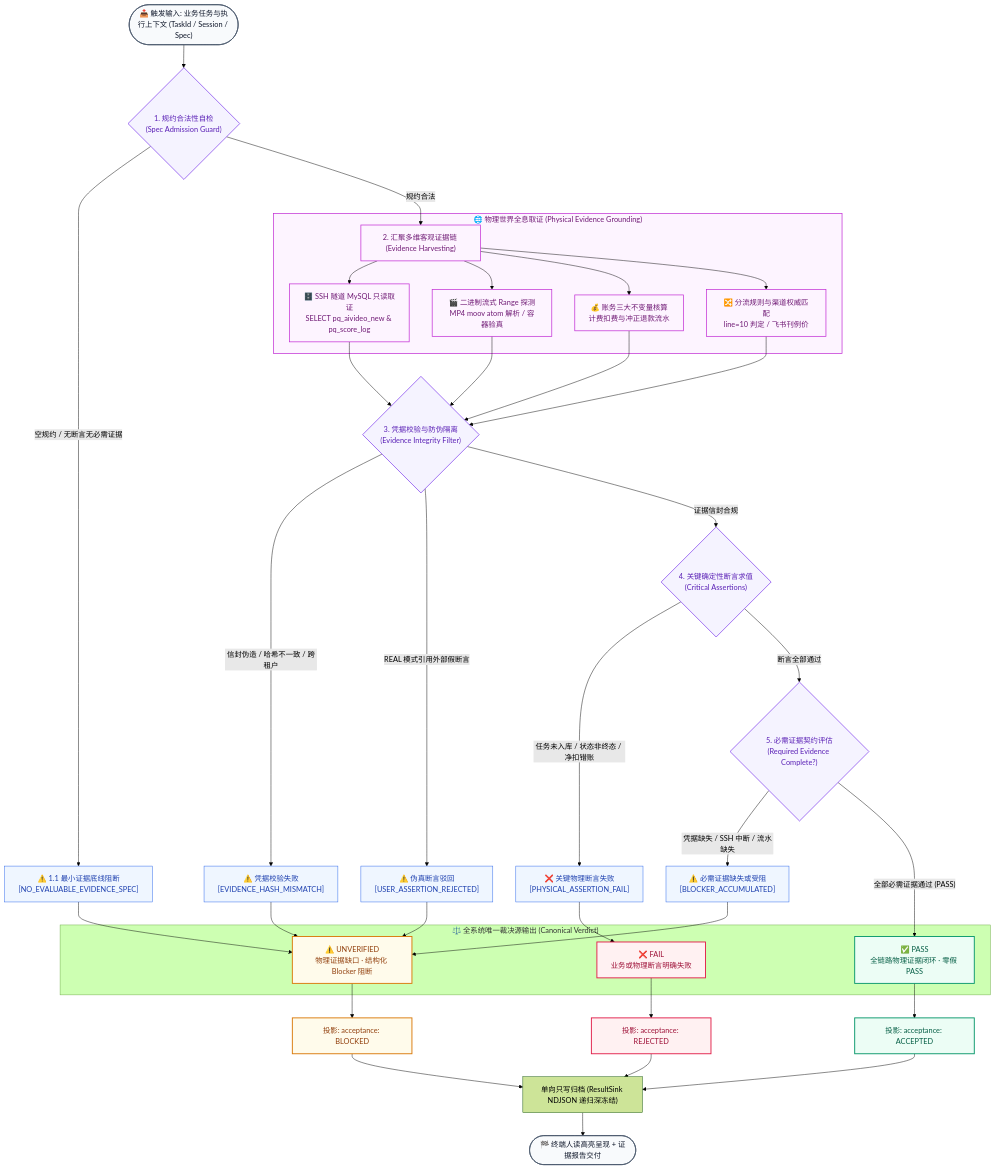
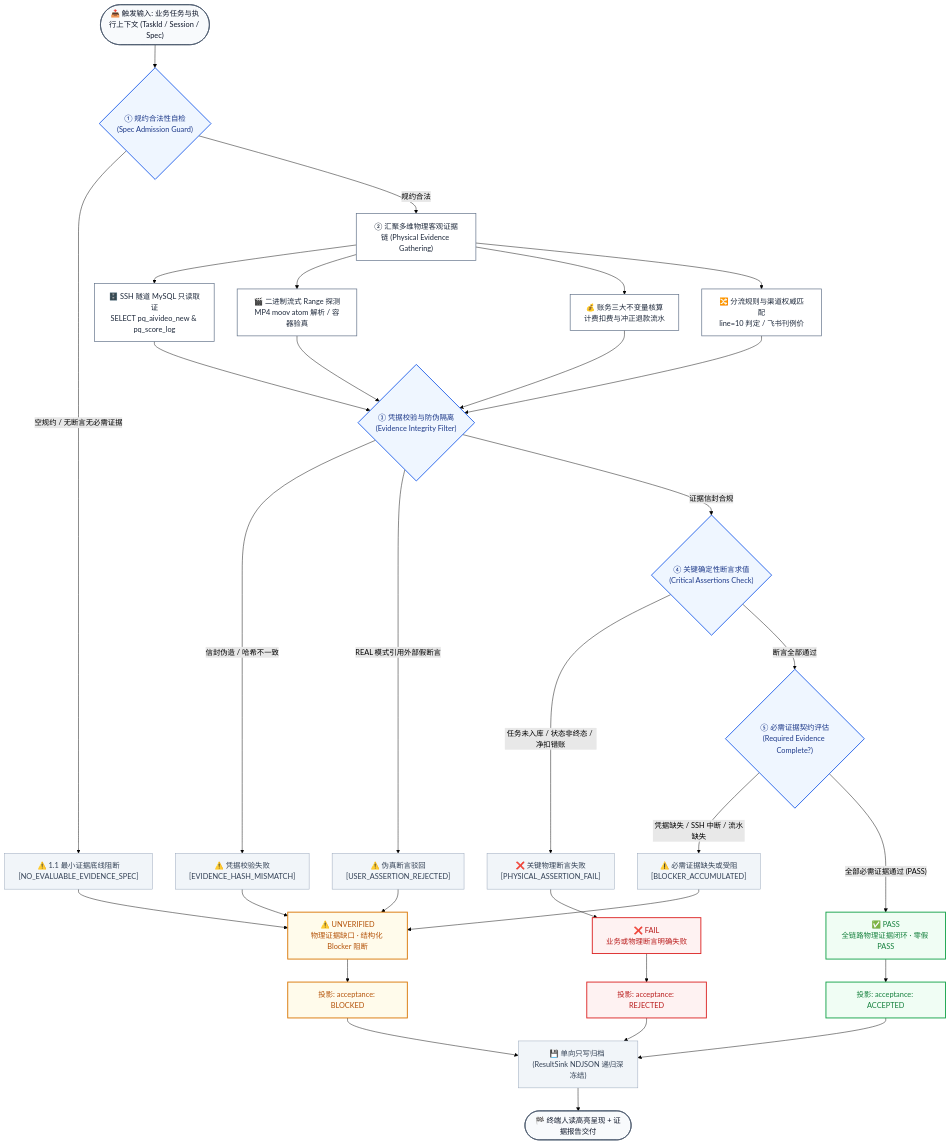
Before and after one commit to CAoyinggo/Ai-DevTest: the second of 4 diagrams in README.md, drawn with Mermaid (forest theme). The commit also changed other lines of this file, not shown here.

````diff
--- a/README.md
+++ b/README.md
@@ -121,66 +120,62 @@
 ```mermaid
 flowchart TD
-    %% 统一现代调色板
+    %% 全局现代极简调色板 (干净白底与柔和边框，杜绝任何默认黄色)
     classDef startEnd fill:#f8fafc,stroke:#475569,stroke-width:1.5px,color:#0f172a
-    classDef gateNode fill:#f5f3ff,stroke:#7c3aed,stroke-width:1.5px,color:#5b21b6
-    classDef passNode fill:#ecfdf5,stroke:#059669,stroke-width:2px,color:#065f46
-    classDef failNode fill:#fff1f2,stroke:#e11d48,stroke-width:2px,color:#9f1239
-    classDef blockNode fill:#fffbeb,stroke:#d97706,stroke-width:2px,color:#92400e
-    classDef actionNode fill:#eff6ff,stroke:#2563eb,stroke-width:1px,color:#1e40af
-    classDef evidenceNode fill:#fdf4ff,stroke:#c026d3,stroke-width:1.5px,color:#701a75
+    classDef gateNode fill:#eff6ff,stroke:#2563eb,stroke-width:2px,color:#1e3a8a
+    classDef passNode fill:#f0fdf4,stroke:#16a34a,stroke-width:2px,color:#15803d
+    classDef failNode fill:#fef2f2,stroke:#dc2626,stroke-width:2px,color:#b91c1c
+    classDef blockNode fill:#fffbeb,stroke:#d97706,stroke-width:2px,color:#b45309
+    classDef stepNode fill:#ffffff,stroke:#64748b,stroke-width:1.5px,color:#1e293b
+    classDef actionNode fill:#f1f5f9,stroke:#94a3b8,stroke-width:1px,color:#334155
 
-    INPUT(["📥 触发输入: 业务任务与执行上下文 (TaskId / Session / Spec)"]) --> C_VALID{"1. 规约合法性自检<br/>(Spec Admission Guard)"}
+    INPUT(["📥 触发输入: 业务任务与执行上下文 (TaskId / Session / Spec)"]) --> C_VALID{"① 规约合法性自检<br/>(Spec Admission Guard)"}
 
     %% 门禁一：空规格直接阻断
     C_VALID -- "空规约 / 无断言无必需证据" --> R_EMPTY["⚠️ 1.1 最小证据底线阻断<br/>[NO_EVALUABLE_EVIDENCE_SPEC]"] --> V_UNVER
 
     %% 规约通过，触发物理取证
-    C_VALID -- "规约合法" --> HARVEST["2. 汇聚多维客观证据链 (Evidence Harvesting)"]
+    C_VALID -- "规约合法" --> HARVEST["② 汇聚多维物理客观证据链 (Physical Evidence Gathering)"]
 
-    subgraph HARVEST_BOX[" 🌐 物理世界全息取证 (Physical Evidence Grounding) "]
-        HARVEST --> E_DB["🗄️ SSH 隧道 MySQL 只读取证<br/>SELECT pq_aivideo_new & pq_score_log"]
-        HARVEST --> E_BIN["🎬 二进制流式 Range 探测<br/>MP4 moov atom 解析 / 容器验真"]
-        HARVEST --> E_BILL["💰 账务三大不变量核算<br/>计费扣费与冲正退款流水"]
-        HARVEST --> E_DIV["🔀 分流规则与渠道权威匹配<br/>line=10 判定 / 飞书刊例价"]
-    end
+    HARVEST --> E_DB["🗄️ SSH 隧道 MySQL 只读取证<br/>SELECT pq_aivideo_new & pq_score_log"]
+    HARVEST --> E_BIN["🎬 二进制流式 Range 探测<br/>MP4 moov atom 解析 / 容器验真"]
+    HARVEST --> E_BILL["💰 账务三大不变量核算<br/>计费扣费与冲正退款流水"]
+    HARVEST --> E_DIV["🔀 分流规则与渠道权威匹配<br/>line=10 判定 / 飞书刊例价"]
 
-    E_DB & E_BIN & E_BILL & E_DIV --> C_FILTER{"3. 凭据校验与防伪隔离<br/>(Evidence Integrity Filter)"}
+    E_DB & E_BIN & E_BILL & E_DIV --> C_FILTER{"③ 凭据校验与防伪隔离<br/>(Evidence Integrity Filter)"}
 
-    C_FILTER -- "信封伪造 / 哈希不一致 / 跨租户" --> R_SPOOF["⚠️ 凭据校验失败<br/>[EVIDENCE_HASH_MISMATCH]"] --> V_UNVER
+    C_FILTER -- "信封伪造 / 哈希不一致" --> R_SPOOF["⚠️ 凭据校验失败<br/>[EVIDENCE_HASH_MISMATCH]"] --> V_UNVER
     C_FILTER -- "REAL 模式引用外部假断言" --> R_ASSERT["⚠️ 伪真断言驳回<br/>[USER_ASSERTION_REJECTED]"] --> V_UNVER
 
-    C_FILTER -- "证据信封合规" --> C_CRIT{"4. 关键确定性断言求值<br/>(Critical Assertions)"}
+    C_FILTER -- "证据信封合规" --> C_CRIT{"④ 关键确定性断言求值<br/>(Critical Assertions Check)"}
 
     %% 断言失败直接判 FAIL
     C_CRIT -- "任务未入库 / 状态非终态 / 净扣错账" --> R_CRIT_FAIL["❌ 关键物理断言失败<br/>[PHYSICAL_ASSERTION_FAIL]"] --> V_FAIL
 
     %% 断言通过，检查必需证据完整度
-    C_CRIT -- "断言全部通过" --> C_REQ{"5. 必需证据契约评估<br/>(Required Evidence Complete?)"}
+    C_CRIT -- "断言全部通过" --> C_REQ{"⑤ 必需证据契约评估<br/>(Required Evidence Complete?)"}
 
     C_REQ -- "凭据缺失 / SSH 中断 / 流水缺失" --> R_MISSING["⚠️ 必需证据缺失或受阻<br/>[BLOCKER_ACCUMULATED]"] --> V_UNVER
     C_REQ -- "全部必需证据通过 (PASS)" --> V_PASS
 
-    %% 终态裁决
-    subgraph TERMINAL_STATES[" ⚖️ 全系统唯一裁决源输出 (Canonical Verdict) "]
-        V_FAIL["❌ FAIL<br/>业务或物理断言明确失败"]
-        V_UNVER["⚠️ UNVERIFIED<br/>物理证据缺口 · 结构化 Blocker 阻断"]
-        V_PASS["✅ PASS<br/>全链路物理证据闭环 · 零假 PASS"]
-    end
+    %% 终态裁决节点 (完全去除任何 Subgraph 容器，彻底消除黄色背景)
+    V_FAIL["❌ FAIL<br/>业务或物理断言明确失败"]
+    V_UNVER["⚠️ UNVERIFIED<br/>物理证据缺口 · 结构化 Blocker 阻断"]
+    V_PASS["✅ PASS<br/>全链路物理证据闭环 · 零假 PASS"]
 
     %% 呈现与归档
     V_FAIL --> P_REJ["投影: acceptance: REJECTED"]
     V_UNVER --> P_BLK["投影: acceptance: BLOCKED"]
     V_PASS --> P_ACC["投影: acceptance: ACCEPTED"]
 
-    P_REJ & P_BLK & P_ACC --> DISPATCH["单向只写归档 (ResultSink NDJSON 递归深冻结)"]
+    P_REJ & P_BLK & P_ACC --> DISPATCH["💾 单向只写归档 (ResultSink NDJSON 递归深冻结)"]
     DISPATCH --> DONE(["🏁 终端人读高亮呈现 + 证据报告交付"])
 
     %% 节点分类样式
     class INPUT,DONE startEnd
     class C_VALID,C_FILTER,C_CRIT,C_REQ gateNode
-    class HARVEST,HARVEST_BOX,E_DB,E_BIN,E_BILL,E_DIV evidenceNode
-    class R_EMPTY,R_SPOOF,R_ASSERT,R_CRIT_FAIL,R_MISSING actionNode
+    class HARVEST,E_DB,E_BIN,E_BILL,E_DIV stepNode
+    class R_EMPTY,R_SPOOF,R_ASSERT,R_CRIT_FAIL,R_MISSING,DISPATCH actionNode
     class V_PASS,P_ACC passNode
     class V_FAIL,P_REJ failNode
     class V_UNVER,P_BLK blockNode
 ```
````
